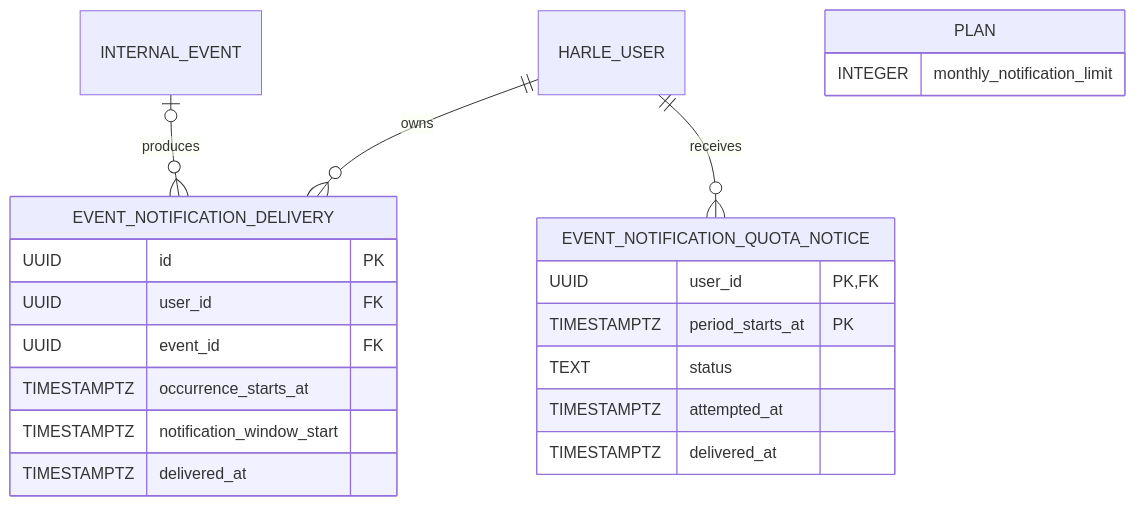
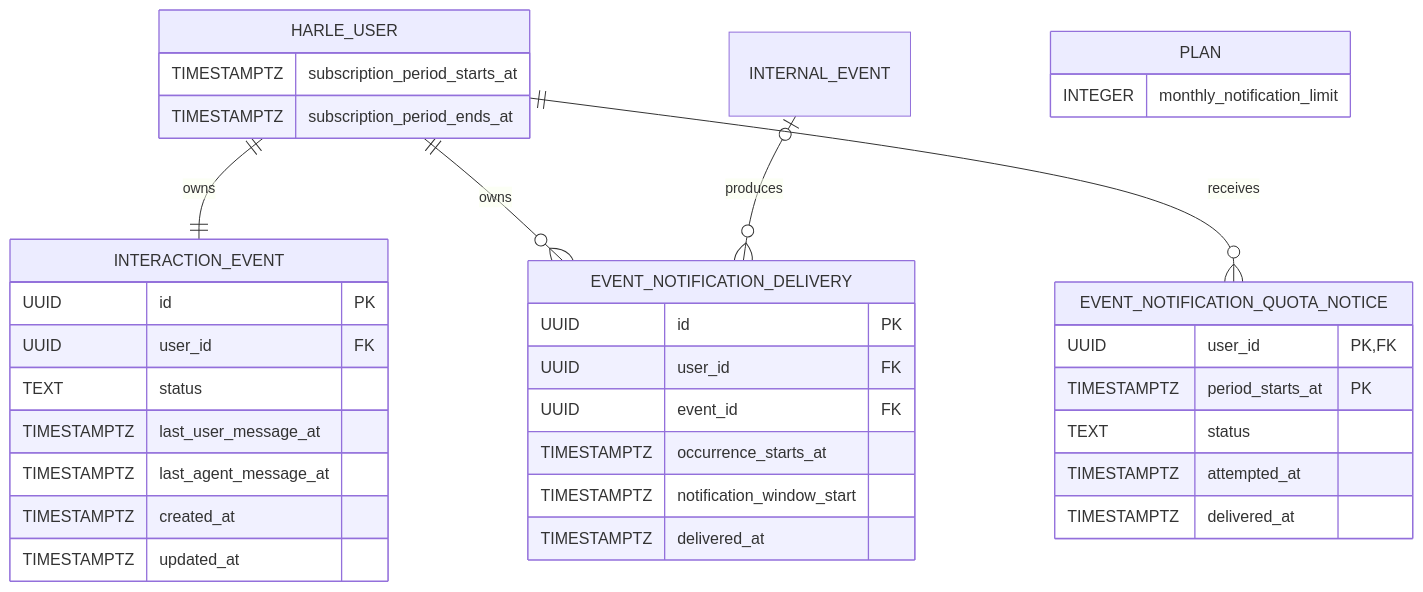
One commit to JuanJFarina/custom-gemini-cli changed the second of 2 diagrams in docs/05_ERD.md. Above: the diagram before and after it, drawn with Mermaid. The commit also changed other lines of this file and 4 other files, not shown here.

````diff
--- a/docs/05_ERD.md
+++ b/docs/05_ERD.md
@@ -199,27 +199,43 @@
 ```mermaid
 erDiagram
+    HARLE_USER ||--|| INTERACTION_EVENT : owns
     HARLE_USER ||--o{ EVENT_NOTIFICATION_DELIVERY : owns
     INTERNAL_EVENT o|--o{ EVENT_NOTIFICATION_DELIVERY : produces
     HARLE_USER ||--o{ EVENT_NOTIFICATION_QUOTA_NOTICE : receives
 
+    HARLE_USER {
+        TIMESTAMPTZ subscription_period_starts_at
+        TIMESTAMPTZ subscription_period_ends_at
+    }
+
     PLAN {
         INTEGER monthly_notification_limit
+    }
+
+    INTERACTION_EVENT {
+        UUID id PK
+        UUID user_id FK
+        TEXT status
+        TIMESTAMPTZ last_user_message_at
+        TIMESTAMPTZ last_agent_message_at
+        TIMESTAMPTZ created_at
+        TIMESTAMPTZ updated_at
     }
 
     EVENT_NOTIFICATION_DELIVERY {
         UUID id PK
         UUID user_id FK
         UUID event_id FK
         TIMESTAMPTZ occurrence_starts_at
         TIMESTAMPTZ notification_window_start
         TIMESTAMPTZ delivered_at
     }
 
     EVENT_NOTIFICATION_QUOTA_NOTICE {
         UUID user_id PK, FK
         TIMESTAMPTZ period_starts_at PK
         TEXT status
         TIMESTAMPTZ attempted_at
         TIMESTAMPTZ delivered_at
     }
 ```
````
